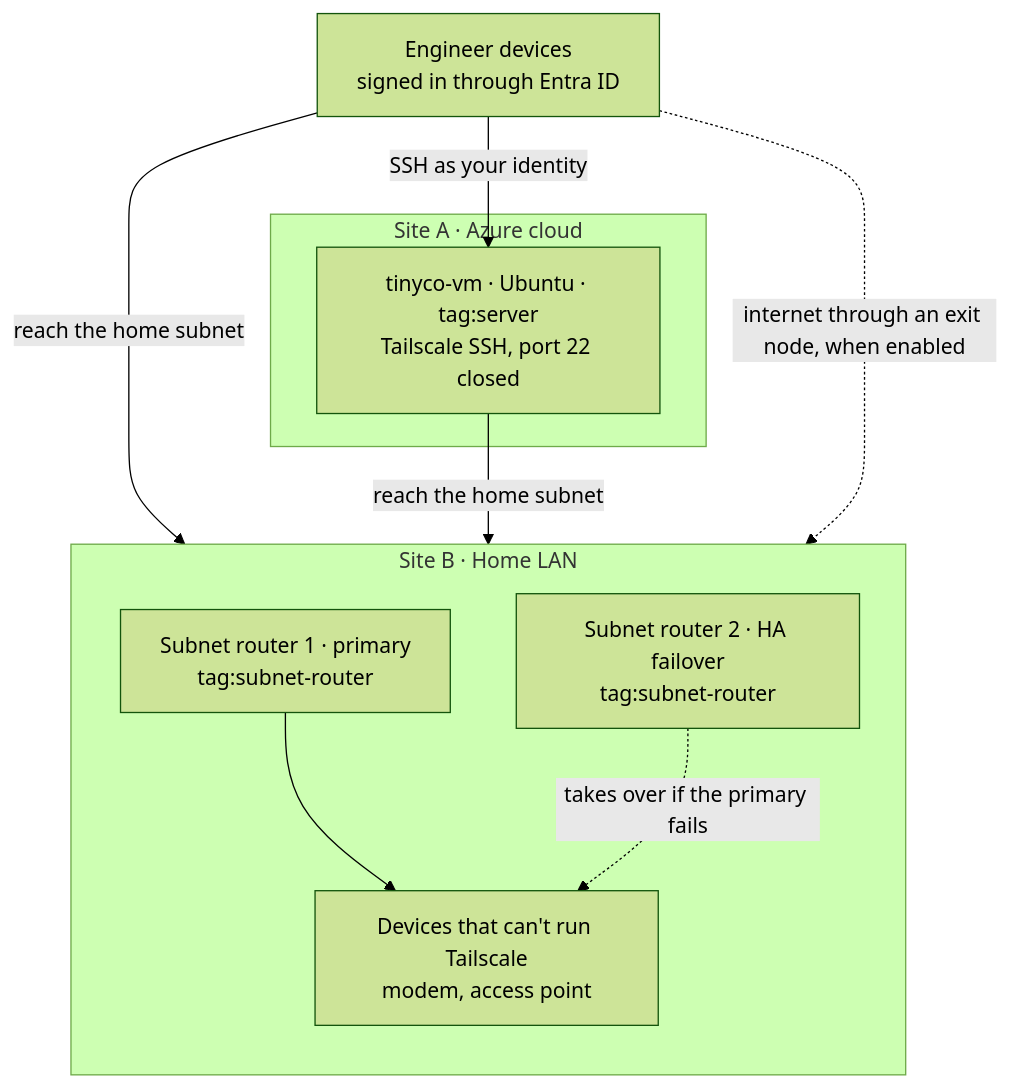
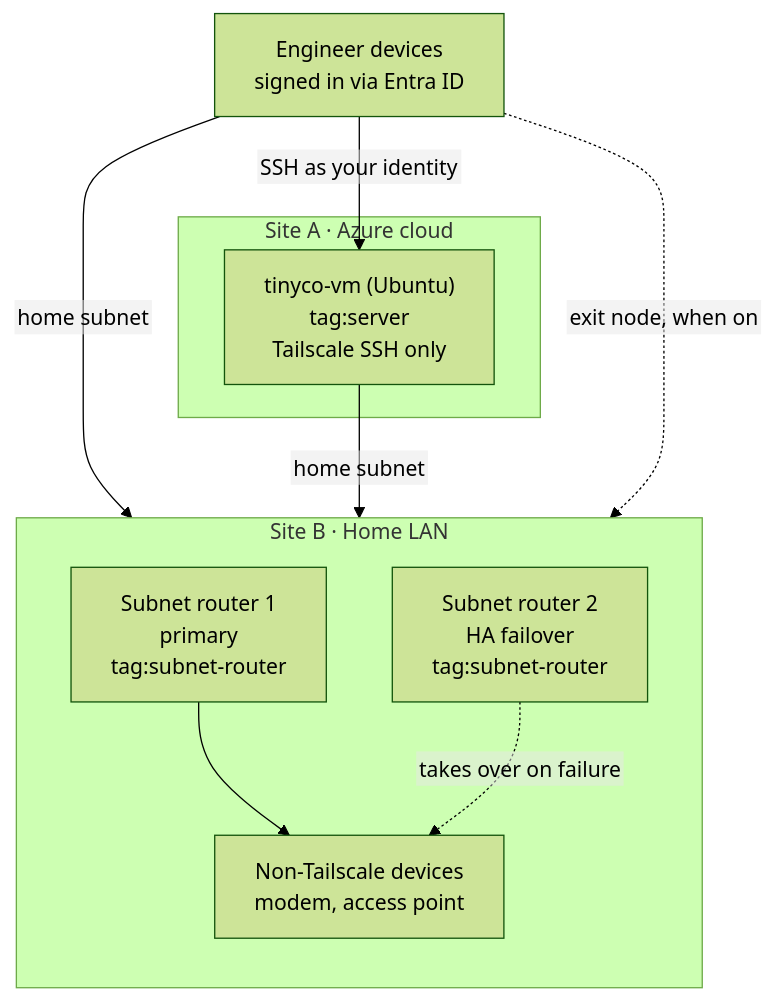
Before and after one commit to willshchang/WSHC-ZTAI-Lab: the diagram in 02-network/README.md, drawn with Mermaid (forest theme). The commit also changed other lines of this file and 3 other files, not shown here.

First line of the commit message:
docs: fix clipped diagram labels on GitHub

````diff
--- a/02-network/README.md
+++ b/02-network/README.md
@@ -44,22 +44,23 @@
 ```mermaid
+%%{init: {"flowchart": {"htmlLabels": false}}}%%
 flowchart TB
-    eng["Engineer devices<br/>signed in through Entra ID"]
+    eng["Engineer devices<br/>signed in via Entra ID"]
 
     subgraph A["Site A · Azure cloud"]
-        vm["tinyco-vm · Ubuntu · tag:server<br/>Tailscale SSH, port 22 closed"]
+        vm["tinyco-vm (Ubuntu)<br/>tag:server<br/>Tailscale SSH only"]
     end
 
     subgraph B["Site B · Home LAN"]
         direction TB
-        r1["Subnet router 1 · primary<br/>tag:subnet-router"]
-        r2["Subnet router 2 · HA failover<br/>tag:subnet-router"]
-        lan["Devices that can't run Tailscale<br/>modem, access point"]
+        r1["Subnet router 1<br/>primary<br/>tag:subnet-router"]
+        r2["Subnet router 2<br/>HA failover<br/>tag:subnet-router"]
+        lan["Non-Tailscale devices<br/>modem, access point"]
     end
 
     eng -->|"SSH as your identity"| vm
-    eng -->|"reach the home subnet"| r1
-    vm -->|"reach the home subnet"| r1
-    eng -.->|"internet through an exit node, when enabled"| r1
+    eng -->|"home subnet"| r1
+    vm -->|"home subnet"| r1
+    eng -.->|"exit node, when on"| r1
     r1 --> lan
-    r2 -.->|"takes over if the primary fails"| lan
+    r2 -.->|"takes over on failure"| lan
 ```
````
